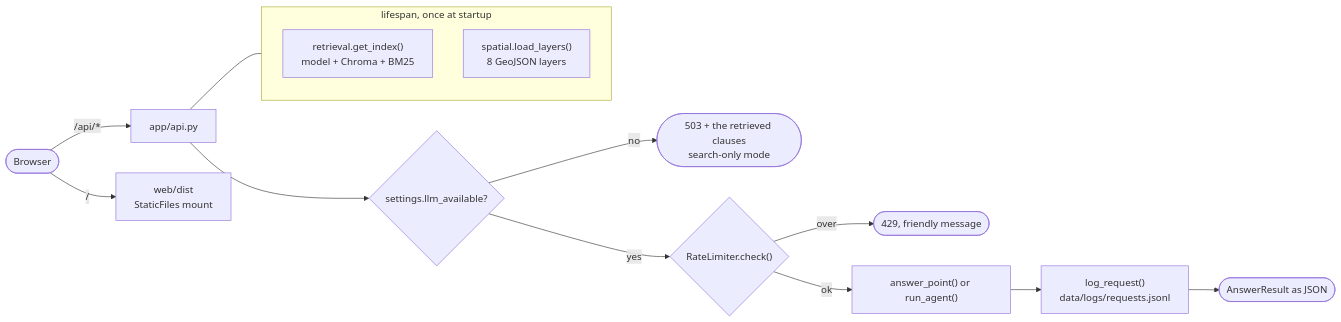
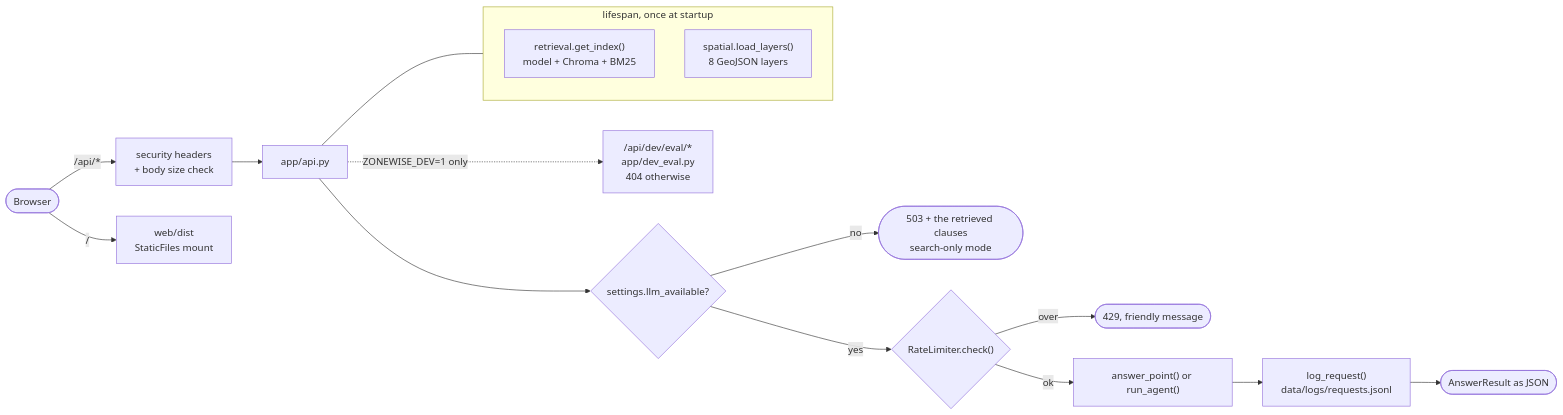
The sixth of 7 diagrams in docs/ARCHITECTURE.md (dhruv-ship-it/delhi-plan-rag), drawn with Mermaid before and after one commit. The commit also changed other lines of this file and 5 other files, not shown here.

First line of the commit message:
night3-stage8: README, architecture, the v3 query report and the run report

````diff
--- a/docs/ARCHITECTURE.md
+++ b/docs/ARCHITECTURE.md
@@ -219,19 +341,21 @@
 ```mermaid
 flowchart LR
-    BROWSER(["Browser"]) -->|"/api/*"| FASTAPI["app/api.py"]
+    BROWSER(["Browser"]) -->|"/api/*"| MW["security headers<br/>+ body size check"]
+    MW --> FASTAPI["app/api.py"]
     BROWSER -->|"/"| STATIC["web/dist<br/>StaticFiles mount"]
+    FASTAPI -.->|"ZONEWISE_DEV=1 only"| DEV["/api/dev/eval/*<br/>app/dev_eval.py<br/>404 otherwise"]
 
     subgraph LIFESPAN["lifespan, once at startup"]
         IDX["retrieval.get_index()<br/>model + Chroma + BM25"]
         LAY["spatial.load_layers()<br/>8 GeoJSON layers"]
     end
 
     FASTAPI --- LIFESPAN
     FASTAPI --> NOKEY{"settings.llm_available?"}
     NOKEY -->|no| R503(["503 + the retrieved clauses<br/>search-only mode"])
     NOKEY -->|yes| LIMIT{"RateLimiter.check()"}
     LIMIT -->|over| R429(["429, friendly message"])
     LIMIT -->|ok| WORK["answer_point() or run_agent()"]
     WORK --> LOG["log_request()<br/>data/logs/requests.jsonl"]
     LOG --> R200(["AnswerResult as JSON"])
 ```
````
